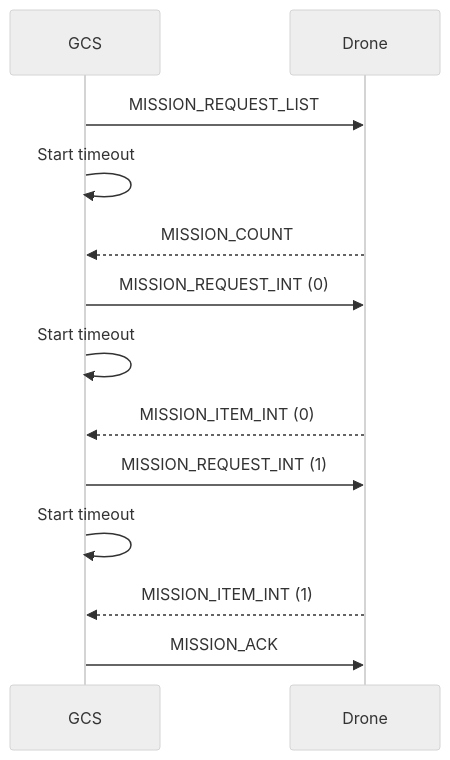
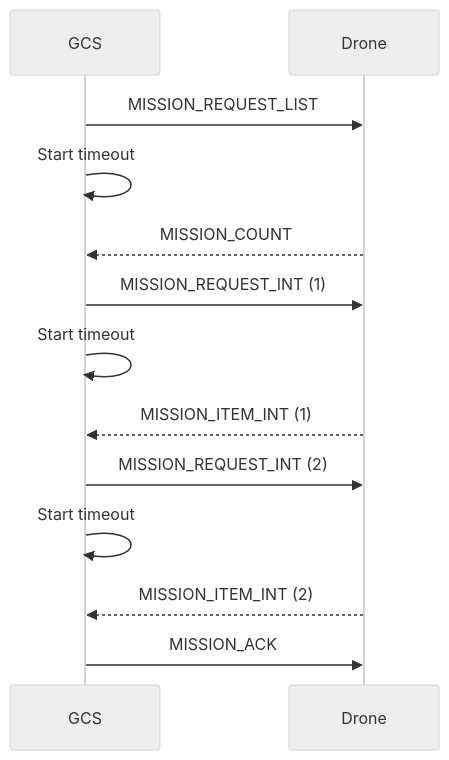
The second of 4 diagrams in en/services/mission.md (mavlink/mavlink-devguide), drawn with Mermaid (neutral theme) before and after one commit. The commit also changed other lines of this file, not shown here.

Commit message:
MissionProtocol: Improve structure/wording

```diff
--- a/en/services/mission.md
+++ b/en/services/mission.md
@@ -150,15 +157,15 @@
 {% mermaid %}
 sequenceDiagram;
     participant GCS
     participant Drone
     GCS->>Drone: MISSION_REQUEST_LIST
     GCS->>GCS: Start timeout
     Drone-->>GCS: MISSION_COUNT
-    GCS->>Drone: MISSION_REQUEST_INT (0)
-    GCS->>GCS: Start timeout
-    Drone-->>GCS: MISSION_ITEM_INT (0)
     GCS->>Drone: MISSION_REQUEST_INT (1)
     GCS->>GCS: Start timeout
     Drone-->>GCS: MISSION_ITEM_INT (1)
+    GCS->>Drone: MISSION_REQUEST_INT (2)
+    GCS->>GCS: Start timeout
+    Drone-->>GCS: MISSION_ITEM_INT (2)
     GCS->>Drone: MISSION_ACK
 {% endmermaid %}
```
